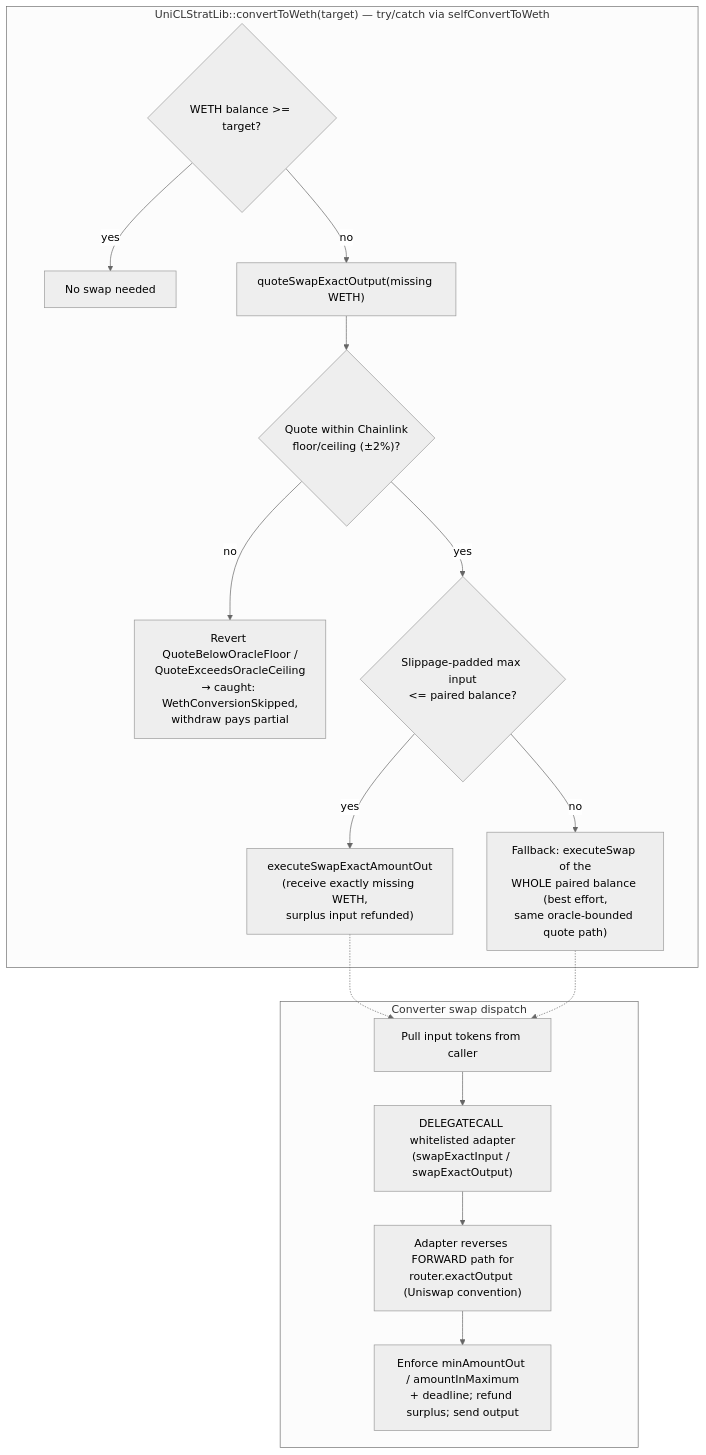
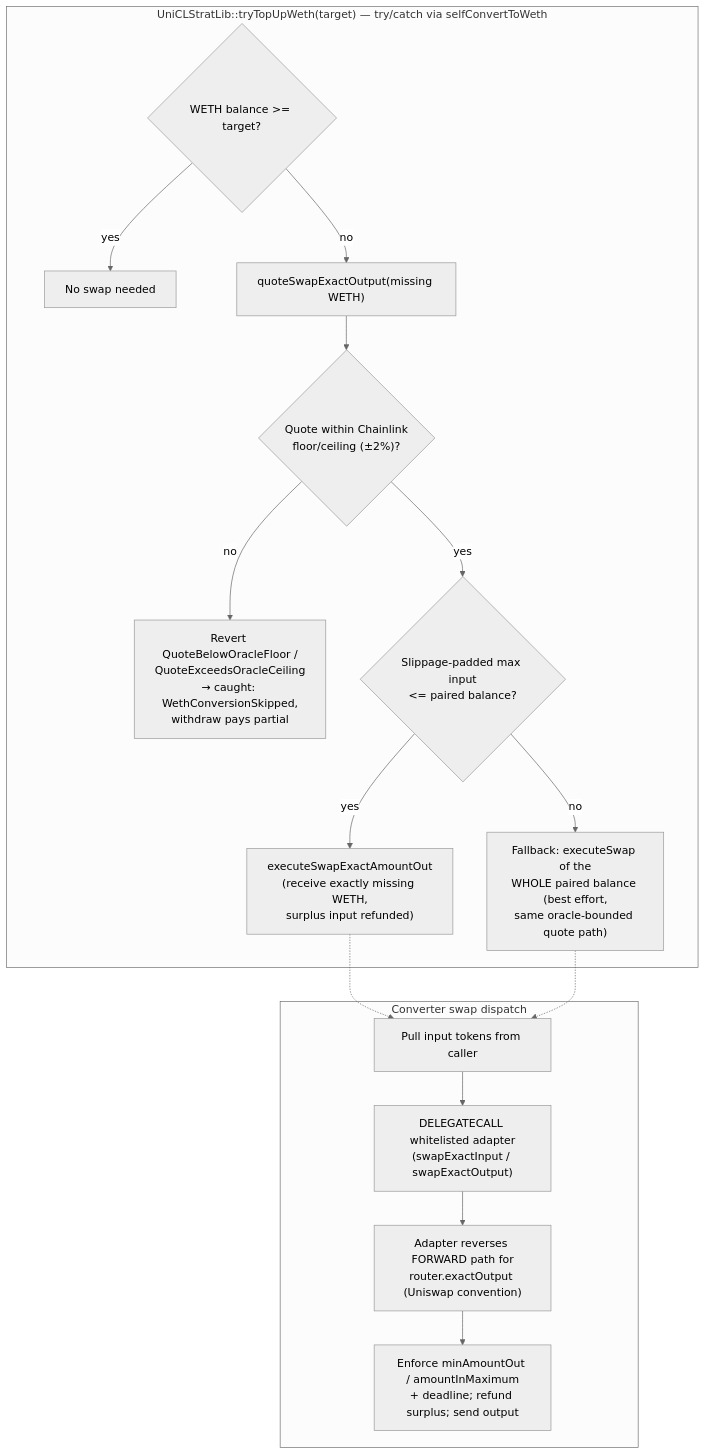
The sixth of 7 diagrams in mermaid/mermaid-smart-contracts.md (everstrat-xyz/contracts), drawn with Mermaid (neutral theme) before and after one commit. The commit also changed other lines of this file and 5 other files, not shown here.

````diff
--- a/mermaid/mermaid-smart-contracts.md
+++ b/mermaid/mermaid-smart-contracts.md
@@ -979,33 +979,33 @@
 ```mermaid
 flowchart TD
-    subgraph exactOutput ["UniCLStratLib::convertToWeth(target) — try/catch via selfConvertToWeth"]
+    subgraph exactOutput ["UniCLStratLib::tryTopUpWeth(target) — try/catch via selfConvertToWeth"]
         Need{"WETH balance >= target?"}
         NoSwap["No swap needed"]
         Quote["quoteSwapExactOutput(missing WETH)"]
         Bounds{"Quote within Chainlink<br/>floor/ceiling (±2%)?"}
         RevertQ["Revert QuoteBelowOracleFloor /<br/>QuoteExceedsOracleCeiling<br/>→ caught: WethConversionSkipped,<br/>withdraw pays partial"]
         Cap{"Slippage-padded max input<br/><= paired balance?"}
         ExactOut["executeSwapExactAmountOut<br/>(receive exactly missing WETH,<br/>surplus input refunded)"]
         Fallback["Fallback: executeSwap of the<br/>WHOLE paired balance (best effort,<br/>same oracle-bounded quote path)"]
         Need -->|yes| NoSwap
         Need -->|no| Quote
         Quote --> Bounds
         Bounds -->|no| RevertQ
         Bounds -->|yes| Cap
         Cap -->|yes| ExactOut
         Cap -->|no| Fallback
     end
 
     subgraph dispatch ["Converter swap dispatch"]
         Pull["Pull input tokens from caller"]
         Delegate["DELEGATECALL whitelisted adapter<br/>(swapExactInput / swapExactOutput)"]
         Reverse["Adapter reverses FORWARD path for<br/>router.exactOutput (Uniswap convention)"]
         Enforce["Enforce minAmountOut / amountInMaximum<br/>+ deadline; refund surplus; send output"]
         Pull --> Delegate
         Delegate --> Reverse
         Reverse --> Enforce
     end
 
     ExactOut -.-> Pull
     Fallback -.-> Pull
 ```
````
